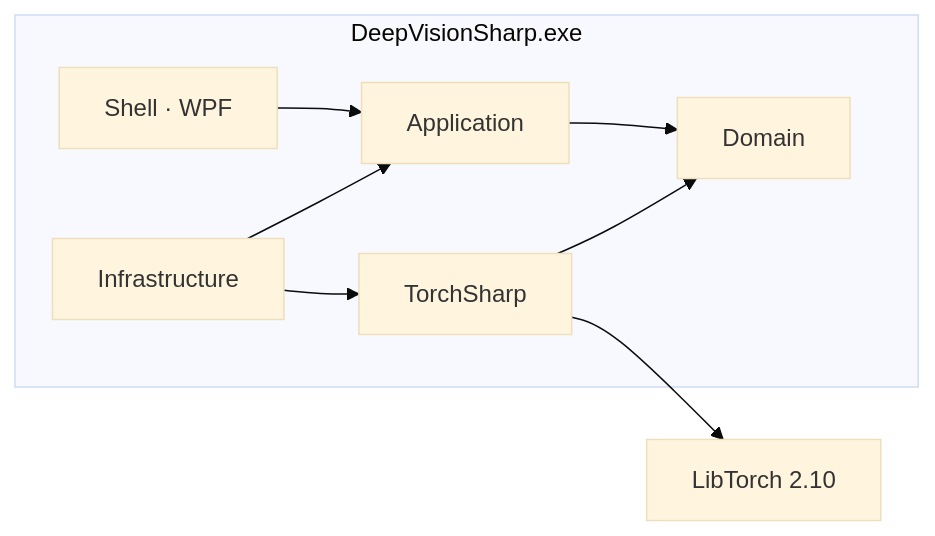
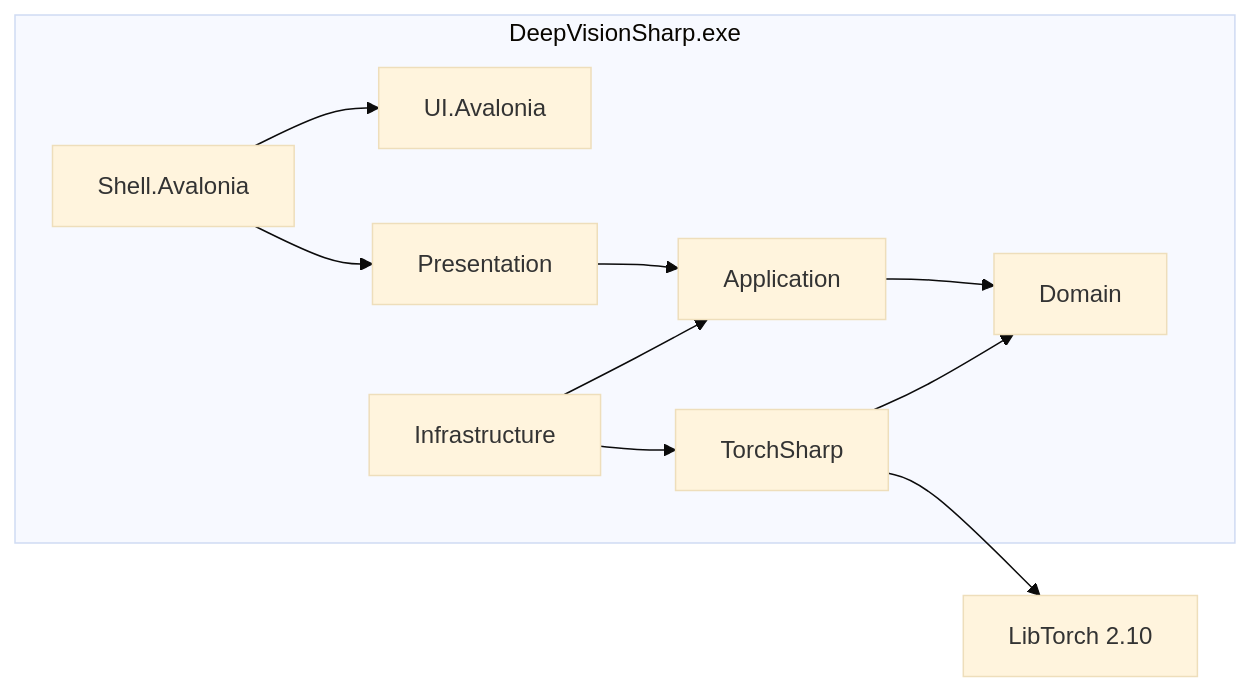
The diagram in README.md (ziyuhaokun/deepvisionsharp), drawn with Mermaid (base theme) before and after one commit. The commit also changed other lines of this file and 6 other files, not shown here.

````diff
--- a/README.md
+++ b/README.md
@@ -81,16 +81,20 @@
 ```mermaid
 flowchart LR
   subgraph exe [DeepVisionSharp.exe]
-    Shell[Shell · WPF]
+    Shell[Shell.Avalonia]
+    UI[UI.Avalonia]
+    Presentation[Presentation]
     App[Application]
     Infra[Infrastructure]
     Torch[TorchSharp]
     Domain[Domain]
-    Shell --> App
+    Shell --> UI
+    Shell --> Presentation
+    Presentation --> App
     App --> Domain
     Infra --> App
     Infra --> Torch
     Torch --> Domain
   end
   Torch --> LibTorch[LibTorch 2.10]
 ```
````
